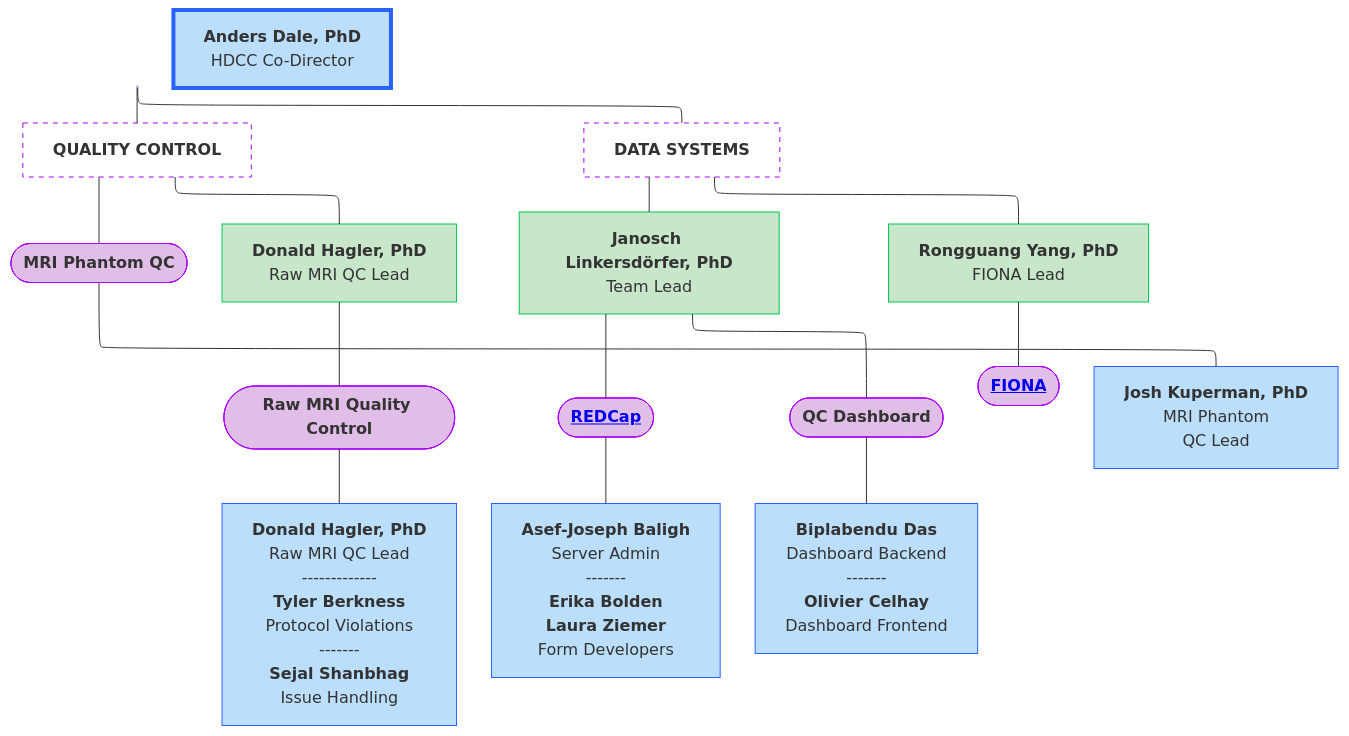
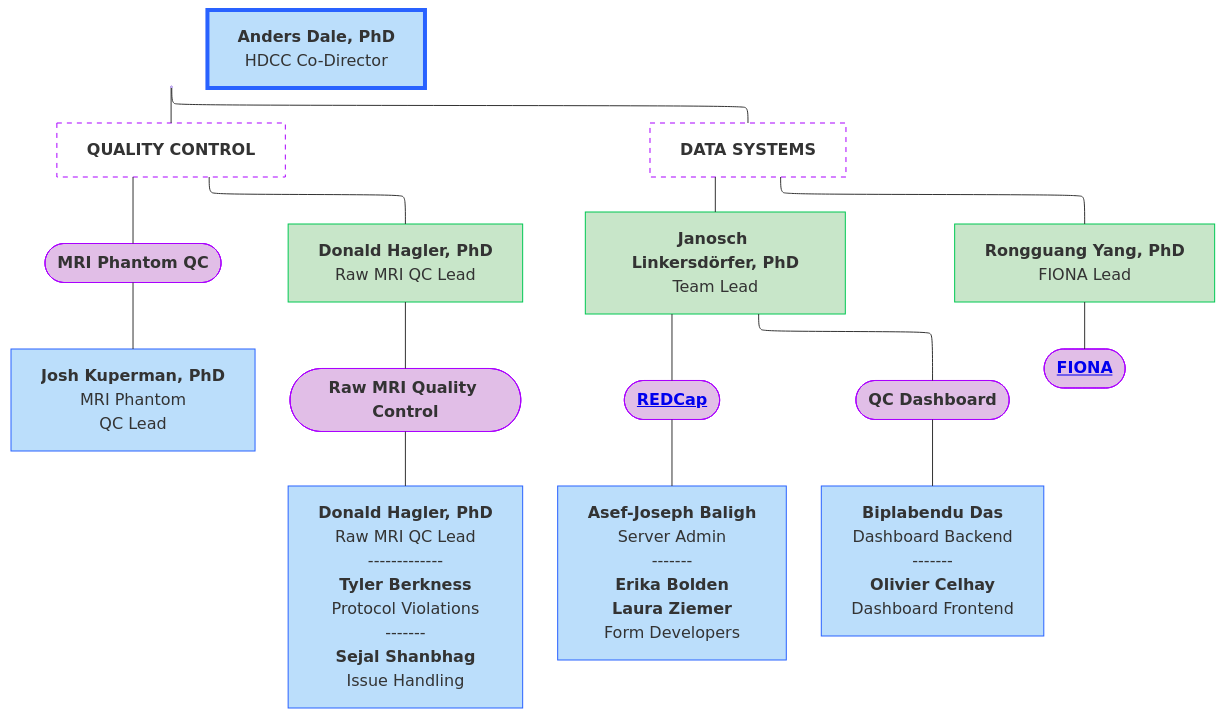
One commit to DCAN-Labs/hbcd-docs-internal changed the diagram in docs/orgcharts/mermaid/jcvi.mmd. Above: the diagram before and after it, drawn with Mermaid. The commit also changed 1 other file, not shown here.

Commit message:
fix jcvi org chart

```diff
--- a/docs/orgcharts/mermaid/jcvi.mmd
+++ b/docs/orgcharts/mermaid/jcvi.mmd
@@ -1,45 +1,45 @@
 ---
 config:
   layout: elk
 ---
 flowchart TB
     A["<b>Anders Dale, PhD</b><br>PI / Director"] --- QC["<b>QUALITY CONTROL</b>"] & Systems["<b>DATA SYSTEMS</b>"]
-    QC --- n3(["<b>MRI Phantom QC</b>"]) & n16@{ label: "<span style=\"--tw-scale-x:\"><b>Donald Hagler, PhD</b></span><br style=\"--tw-scale-x:\"><span style=\"background-color:\">Raw MRI QC Lead</span>" }
+    QC --- B(["<b>MRI Phantom QC</b>"]) & n16@{ label: "<span style=\"--tw-scale-x:\"><b>Donald Hagler, PhD</b></span><br style=\"--tw-scale-x:\"><span style=\"background-color:\">Raw MRI QC Lead</span>" }
+    B --- C["<b>Josh Kuperman, PhD</b><br>MRI Phantom<br>QC Lead"]
     n2(["<b>Raw MRI Quality Control</b>"]) --- n9["<b>Donald Hagler, PhD</b><br>Raw MRI QC Lead
     -------------
     <b>Tyler Berkness</b><br>Protocol Violations
     -------
     <b>Sejal Shanbhag</b><br>Issue Handling"]
     Systems --- n12@{ label: "<span style=\"--tw-scale-x:\"><b>Janosch Linkersdörfer, PhD<br></b>Team Lead</span>" } & n8["<b>Rongguang Yang, PhD</b><br>FIONA Lead"]
     n6@{ label: "<a href=\"../orgcharts/#redcap\" target=\"_top\"><b>REDCap</b></a>" } --- n4["<b>Asef-Joseph Baligh</b><br>Server Admin<br>-------<br><b>Erika Bolden<br>Laura Ziemer</b><br>Form Developers"]
     n12 --- n6 & n13(["<b>QC Dashboard</b>"])
     n8 --- z@{ label: "<a href=\"../orgcharts/#fiona\" target=\"_top\"><b>FIONA</b></a>" }
     n13 --- n15["<b>Biplabendu Das</b><br>Dashboard Backend
     -------
     <b>Olivier Celhay</b><br>Dashboard Frontend"]
     n16 --- n2
-    n3 --- n10["<b>Josh Kuperman, PhD</b><br>MRI Phantom<br>QC Lead"]
     n11["<b>Anders Dale, PhD</b><br>HDCC Co-Director"]
     A@{ shape: anchor}
     n16@{ shape: rect}
     n12@{ shape: rect}
     n6@{ shape: stadium}
     z@{ shape: stadium}
     n15@{ shape: rect}
     n11@{ shape: rect}
     style A fill:#BBDEFB,stroke:#2962FF
     style QC fill:#FFFFFF,stroke:#AA00FF,stroke-dasharray: 5 5
     style Systems fill:#ffffff,stroke:#AA00FF,stroke-dasharray: 5 5
-    style n3 fill:#E1BEE7,stroke:#AA00FF
+    style B fill:#E1BEE7,stroke:#AA00FF
     style n16 fill:#C8E6C9,stroke:#00C853
+    style C stroke:#2962FF,fill:#BBDEFB
     style n2 fill:#E1BEE7,stroke:#AA00FF
     style n9 fill:#BBDEFB,stroke:#2962FF
     style n12 fill:#C8E6C9,stroke:#00C853
     style n8 fill:#C8E6C9,stroke:#00C853
     style n6 fill:#E1BEE7,stroke:#AA00FF
     style n4 fill:#BBDEFB,stroke:#2962FF
     style n13 fill:#E1BEE7,stroke:#AA00FF
     style z fill:#E1BEE7,stroke:#AA00FF
     style n15 fill:#BBDEFB,stroke:#2962FF
-    style n10 fill:#BBDEFB,stroke:#2962FF
     style n11 fill:#BBDEFB,stroke:#2962FF,stroke-width:4px
```
